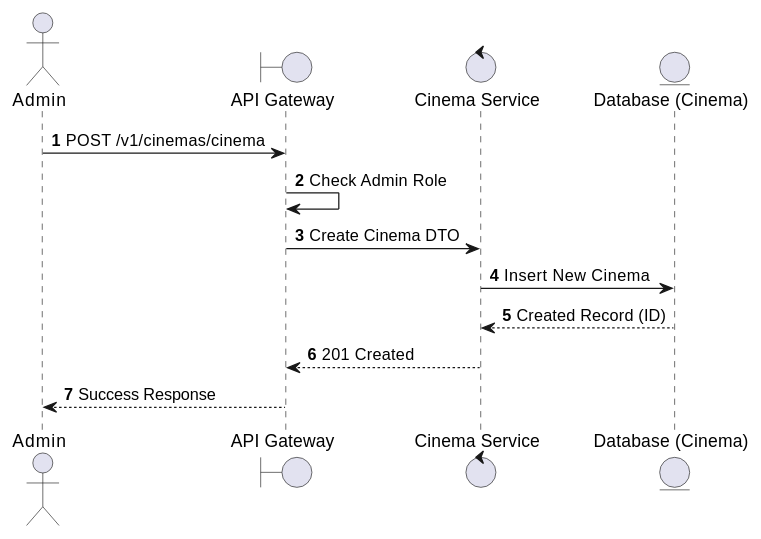
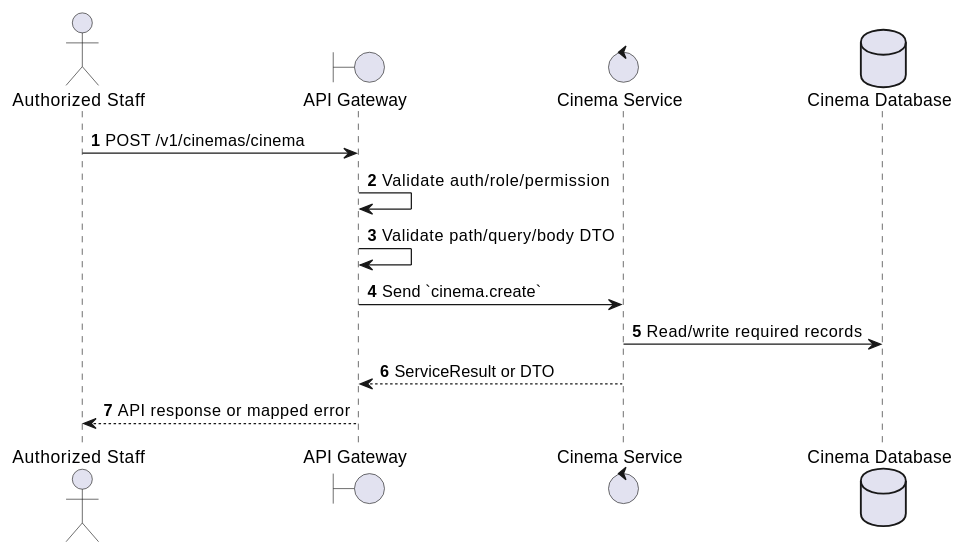
The first of 2 diagrams in docs/functional_specs/3.2.1_Cinema_Management/CM-02_Create_Cinema.md (Tanh1603/movie-hub-architecture), drawn with PlantUML before and after one commit. The commit also changed other lines of this file and 126 other files, not shown here.

````diff
--- a/docs/functional_specs/3.2.1_Cinema_Management/CM-02_Create_Cinema.md
+++ b/docs/functional_specs/3.2.1_Cinema_Management/CM-02_Create_Cinema.md
@@ -17,17 +17,17 @@
 ```plantuml
 @startuml
 autonumber
-actor Admin
+actor "Authorized Staff" as Actor
 boundary "API Gateway" as GW
-control "Cinema Service" as CS
-entity "Database (Cinema)" as DB
+control "Cinema Service" as SVC
+database "Cinema Database" as DB
 
-Admin -> GW: POST /v1/cinemas/cinema
-GW -> GW: Check Admin Role
-GW -> CS: Create Cinema DTO
-CS -> DB: Insert New Cinema
-DB --> CS: Created Record (ID)
-CS --> GW: 201 Created
-GW --> Admin: Success Response
+Actor -> GW: POST /v1/cinemas/cinema
+GW -> GW: Validate auth/role/permission
+GW -> GW: Validate path/query/body DTO
+GW -> SVC: Send `cinema.create`
+SVC -> DB: Read/write required records
+SVC --> GW: ServiceResult or DTO
+GW --> Actor: API response or mapped error
 @enduml
 ```
````
